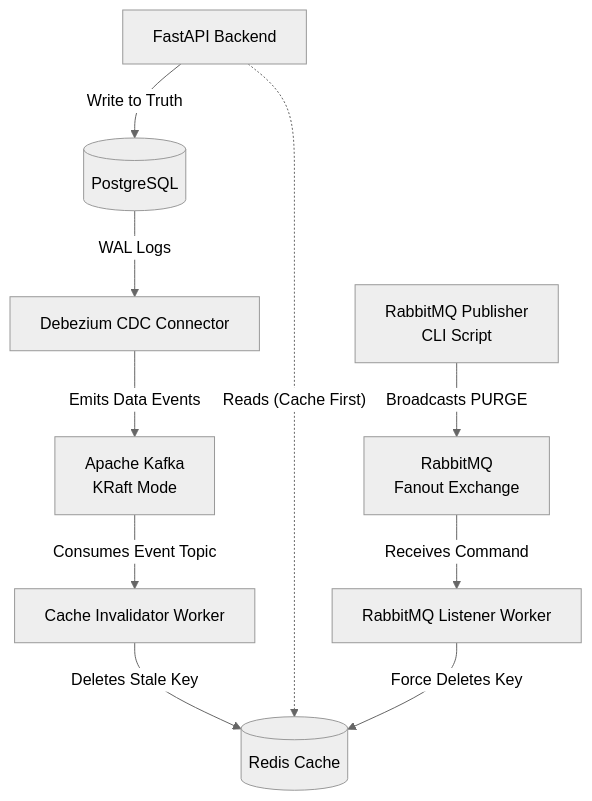
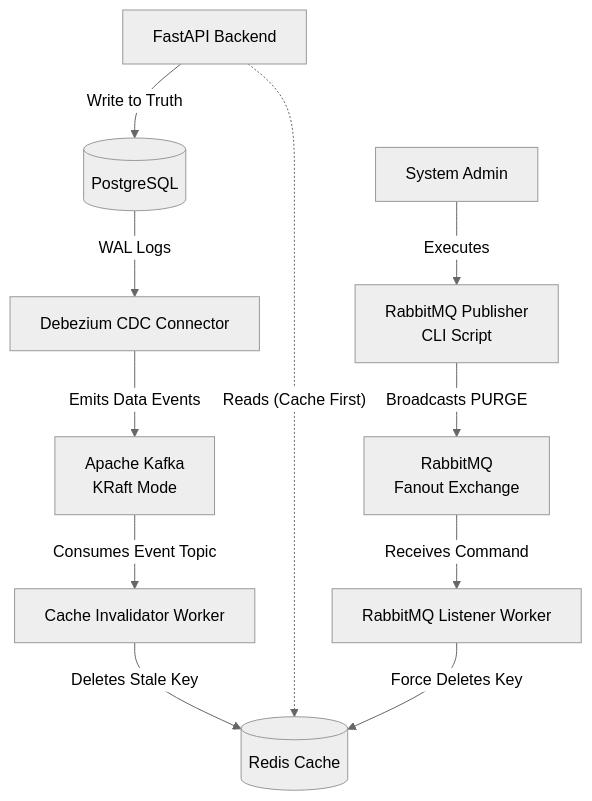
The diagram in README.md (Shansinghal/Eventsync-CDC), drawn with Mermaid (neutral theme) before and after one commit.

Commit message:
docs: add admin trigger to architecture diagram

````diff
--- a/README.md
+++ b/README.md
@@ -35,15 +35,16 @@
 ```mermaid
 graph TD
     API["FastAPI Backend"] -->|Write to Truth| DB[("PostgreSQL")]
     DB -->|WAL Logs| Debezium["Debezium CDC Connector"]
     Debezium -->|Emits Data Events| Kafka["Apache Kafka<br/>KRaft Mode"]
     
     Kafka -->|Consumes Event Topic| Invalidator["Cache Invalidator Worker"]
     Invalidator -->|Deletes Stale Key| Redis[("Redis Cache")]
     
     API -. "Reads (Cache First)" .-> Redis
     
-    Publisher["RabbitMQ Publisher<br/>CLI Script"] -->|Broadcasts PURGE| RabbitMQ["RabbitMQ<br/>Fanout Exchange"]
+    Admin["System Admin"] -->|Executes| Publisher["RabbitMQ Publisher<br/>CLI Script"]
+    Publisher -->|Broadcasts PURGE| RabbitMQ["RabbitMQ<br/>Fanout Exchange"]
     RabbitMQ -->|Receives Command| Listener["RabbitMQ Listener Worker"]
     Listener -->|Force Deletes Key| Redis
 ```
````
